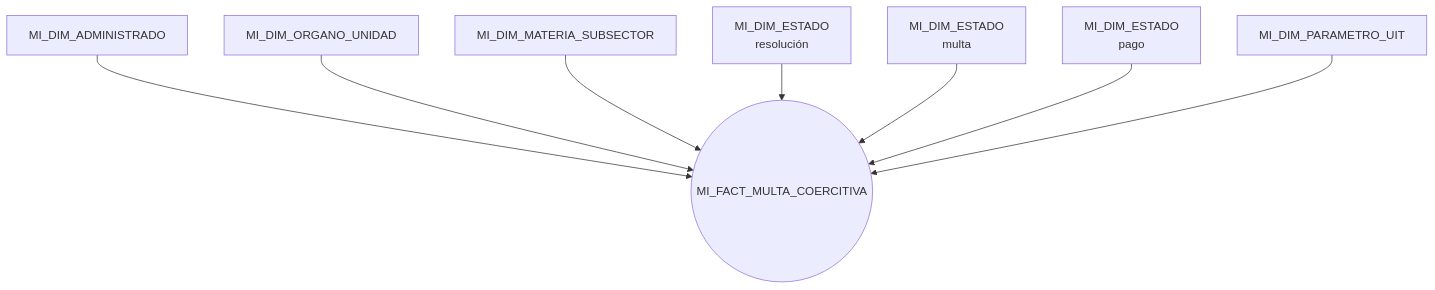
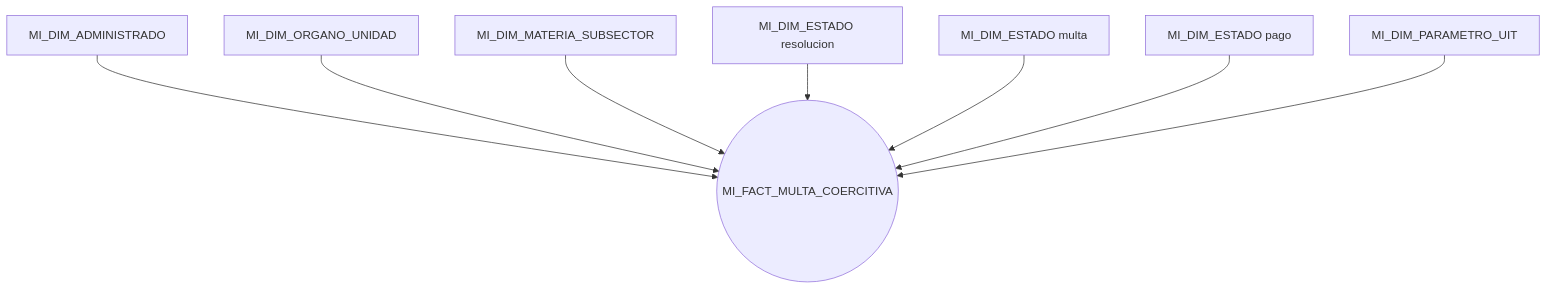
The third of 3 diagrams in docs/adjuntos/modelo-kimball.md (nwodevops/multa_informes_etl), drawn with Mermaid before and after one commit. The commit also changed other lines of this file and 51 other files, not shown here.

````diff
--- a/docs/adjuntos/modelo-kimball.md
+++ b/docs/adjuntos/modelo-kimball.md
@@ -284,20 +128,18 @@
 ```mermaid
 flowchart TB
   ADM[MI_DIM_ADMINISTRADO]
   ORG[MI_DIM_ORGANO_UNIDAD]
   MAT[MI_DIM_MATERIA_SUBSECTOR]
-  EST_R[MI_DIM_ESTADO<br/>resolución]
-  EST_M[MI_DIM_ESTADO<br/>multa]
-  EST_P[MI_DIM_ESTADO<br/>pago]
+  EST_R[MI_DIM_ESTADO resolucion]
+  EST_M[MI_DIM_ESTADO multa]
+  EST_P[MI_DIM_ESTADO pago]
   UIT[MI_DIM_PARAMETRO_UIT]
-
   FMC(("MI_FACT_MULTA_COERCITIVA"))
-
   ADM --> FMC
   ORG --> FMC
   MAT --> FMC
   EST_R --> FMC
   EST_M --> FMC
   EST_P --> FMC
   UIT --> FMC
 ```
````
